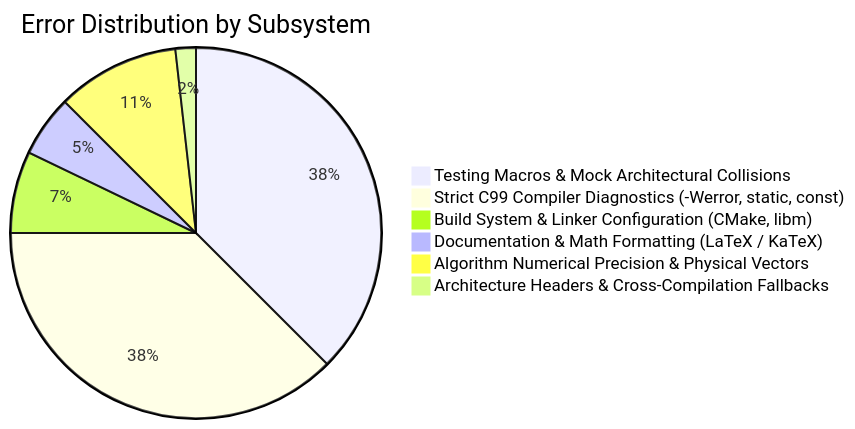
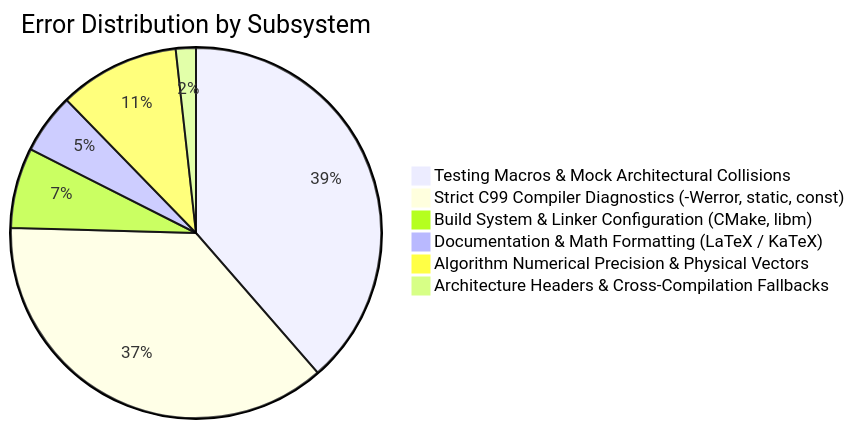
Before and after one commit to Thejus26/rain-predict: the diagram in context/errors/README.md, drawn with Mermaid. The commit also changed other lines of this file and 2 other files, not shown here.

Commit message:
fix(tests): resolve ERR-057 non-existent unity message assertion macros in test_power_profiling.c

````diff
--- a/context/errors/README.md
+++ b/context/errors/README.md
@@ -73,9 +74,9 @@
 ```mermaid
 pie title Error Distribution by Subsystem
-    "Testing Macros & Mock Architectural Collisions" : 21
+    "Testing Macros & Mock Architectural Collisions" : 22
     "Strict C99 Compiler Diagnostics (-Werror, static, const)" : 21
     "Build System & Linker Configuration (CMake, libm)" : 4
     "Documentation & Math Formatting (LaTeX / KaTeX)" : 3
     "Algorithm Numerical Precision & Physical Vectors" : 6
     "Architecture Headers & Cross-Compilation Fallbacks" : 1
 ```
````
